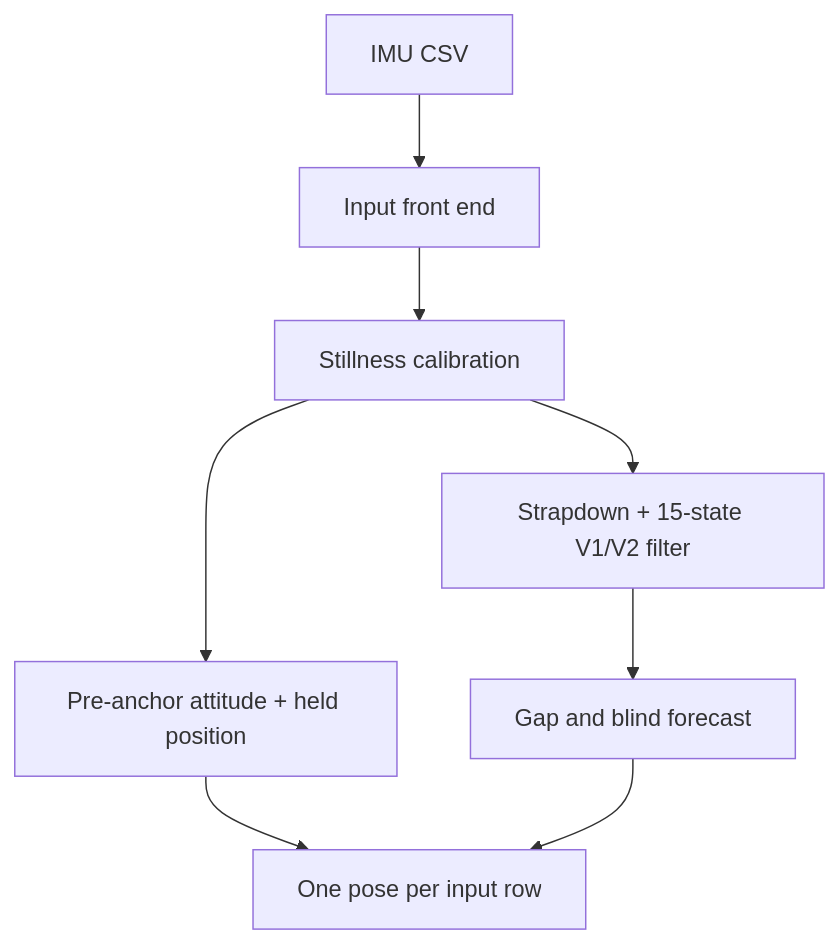
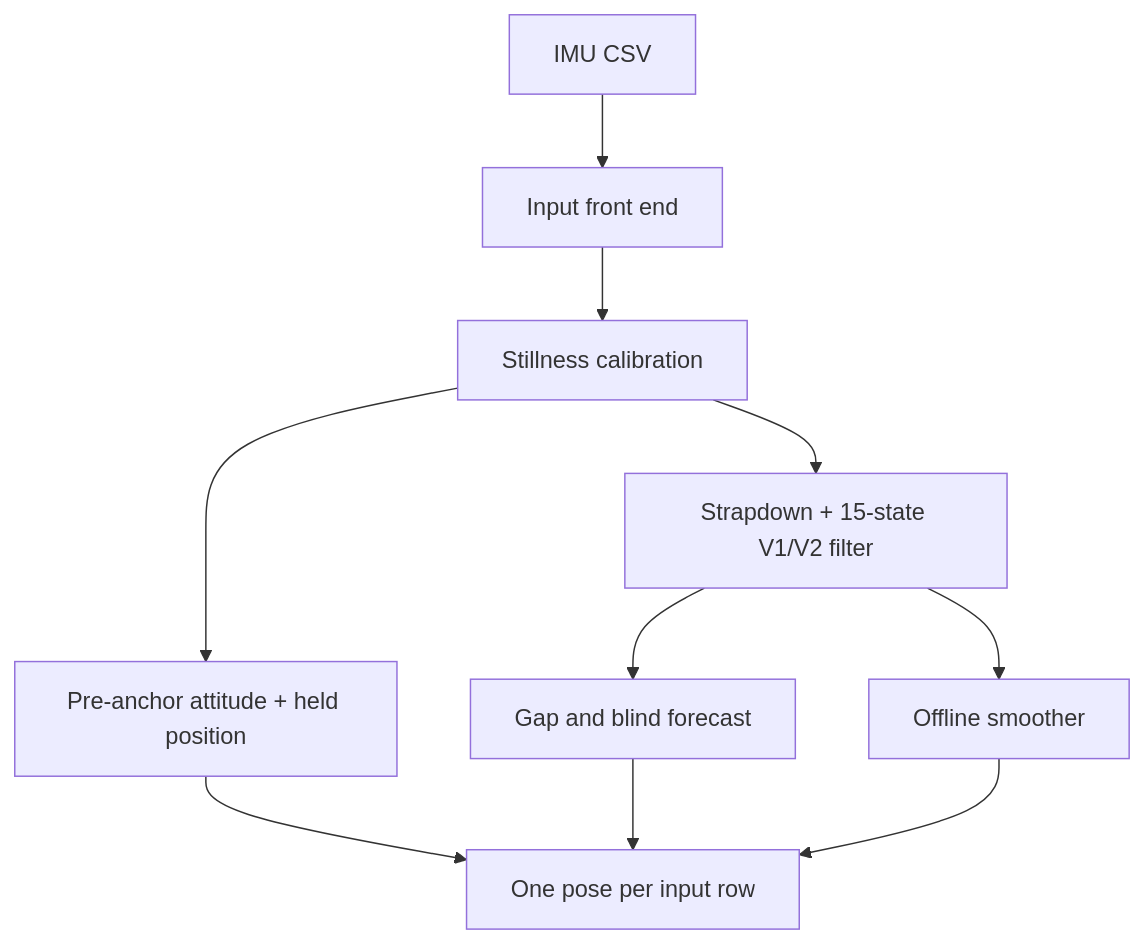
The diagram in README.md (ArnavJain2005/Vortex), drawn with Mermaid before and after one commit. The commit also changed other lines of this file, not shown here.

````diff
--- a/README.md
+++ b/README.md
@@ -38,10 +38,12 @@
 ```mermaid
 flowchart TD
     A["IMU CSV"] --> B["Input front end"]
     B --> C["Stillness calibration"]
     C --> D["Pre-anchor attitude + held position"]
     C --> E["Strapdown + 15-state V1/V2 filter"]
     E --> F["Gap and blind forecast"]
+    E --> H["Offline smoother"]
     D --> G["One pose per input row"]
     F --> G
+    H --> G
 ```
````
